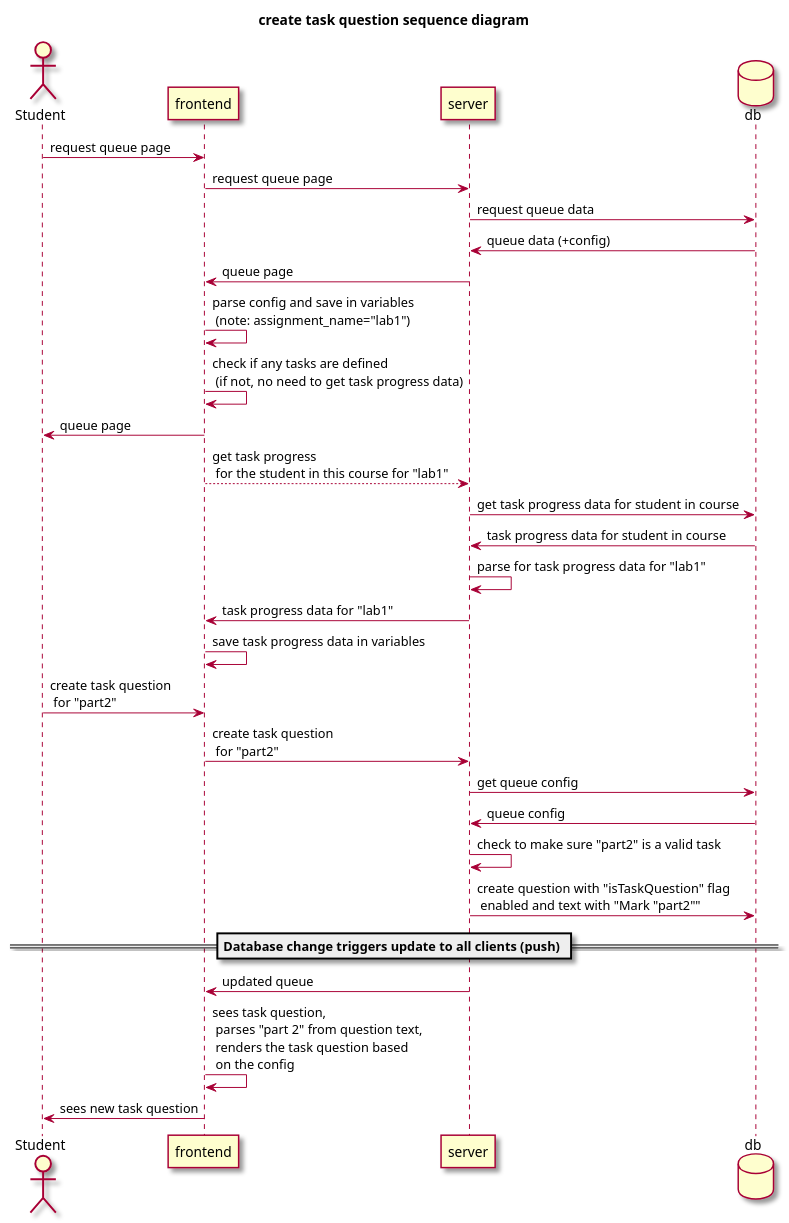
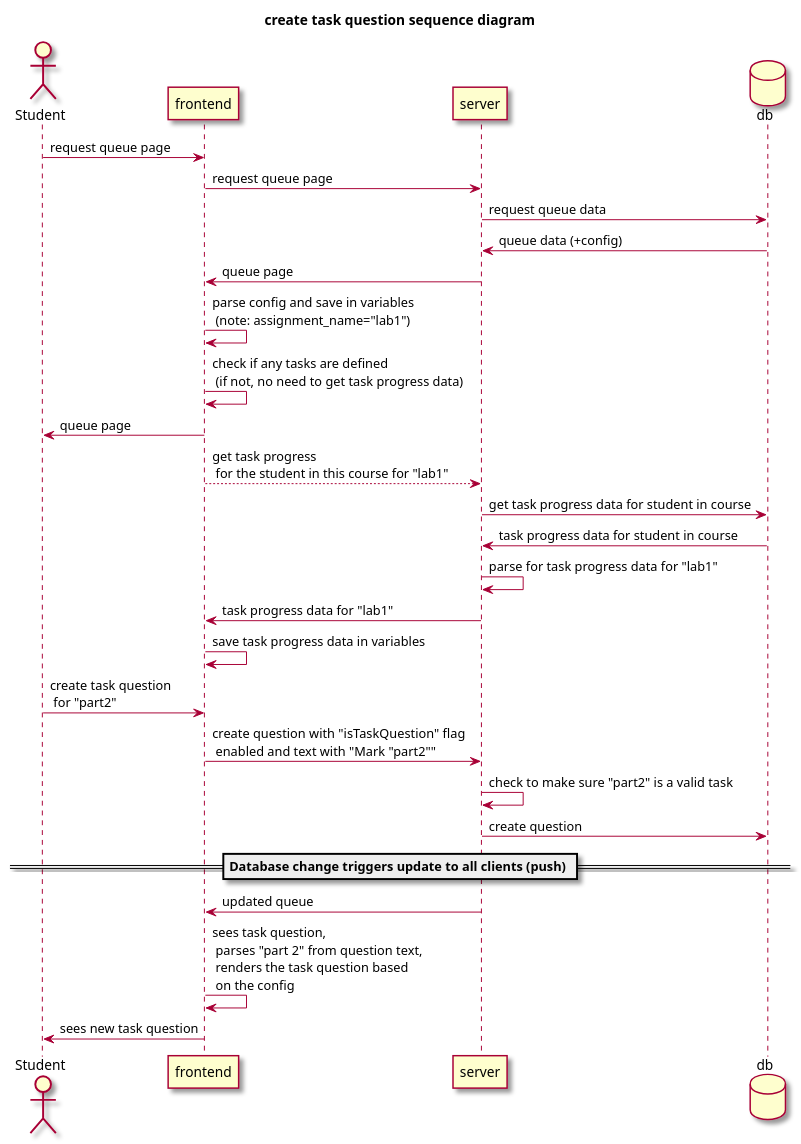
One commit to ubco-db/helpme changed the diagram in docs/plantuml_diagrams/v2_sequence_create_task_question.wsd. Above: the diagram before and after it, drawn with PlantUML. The commit also changed 27 other files, not shown here.

```diff
--- a/docs/plantuml_diagrams/v2_sequence_create_task_question.wsd
+++ b/docs/plantuml_diagrams/v2_sequence_create_task_question.wsd
@@ -1,42 +1,41 @@
 @startuml
 
 skin rose
 
 title "create task question sequence diagram"
 
 actor User as "Student"
 participant frontend
 participant server
 database db
 
 User -> frontend : request queue page
 frontend -> server : request queue page
 server -> db : request queue data
 server <- db : queue data (+config)
 frontend <- server : queue page
 frontend -> frontend : parse config and save in variables \n (note: assignment_name="lab1")
 frontend -> frontend : check if any tasks are defined \n (if not, no need to get task progress data)
 User <- frontend : queue page
 
 
 frontend --> server : get task progress \n for the student in this course for "lab1"
 server -> db : get task progress data for student in course
 server <- db : task progress data for student in course
 server -> server : parse for task progress data for "lab1"
 frontend <- server : task progress data for "lab1"
 frontend -> frontend : save task progress data in variables
 
 User -> frontend : create task question\n for "part2"
-frontend -> server : create task question\n for "part2"
-server -> db : get queue config
-server <- db : queue config
+frontend -> server : create question with "isTaskQuestion" flag\n enabled and text with "Mark "part2""
+
 server -> server : check to make sure "part2" is a valid task
-server -> db : create question with "isTaskQuestion" flag\n enabled and text with "Mark "part2""
+server -> db : create question
 
 == Database change triggers update to all clients (push) ==
 
 frontend <- server : updated queue
 frontend -> frontend : sees task question, \n parses "part 2" from question text, \n renders the task question based \n on the config 
 User <- frontend : sees new task question
 
 @enduml
```
